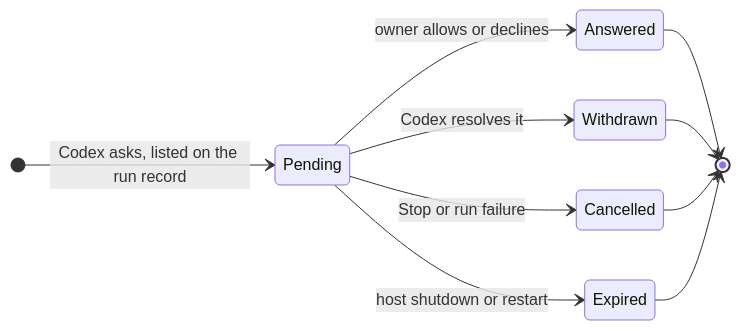
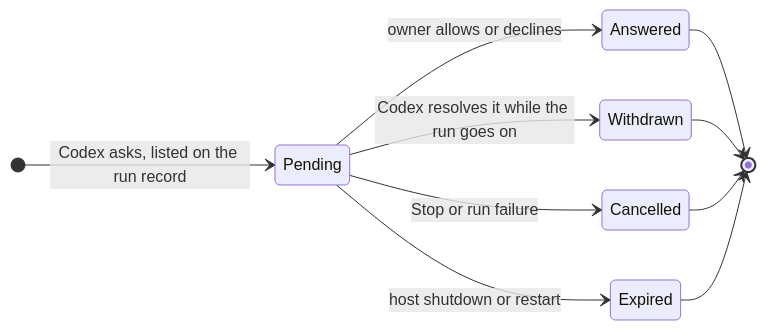
The sixth of 12 diagrams in docs/product/multi-project/specification/journeys.md (vivary-dev/vivary), drawn with Mermaid before and after one commit. The commit also changed 5 other files, not shown here.

First line of the commit message:
fix(code): keep pending Codex requests through shutdown teardown

````diff
--- a/docs/product/multi-project/specification/journeys.md
+++ b/docs/product/multi-project/specification/journeys.md
@@ -121,13 +121,13 @@
 ```mermaid
 stateDiagram-v2
   direction LR
   [*] --> Pending: Codex asks, listed on the run record
   Pending --> Answered: owner allows or declines
-  Pending --> Withdrawn: Codex resolves it
+  Pending --> Withdrawn: Codex resolves it while the run goes on
   Pending --> Cancelled: Stop or run failure
   Pending --> Expired: host shutdown or restart
   Answered --> [*]
   Withdrawn --> [*]
   Cancelled --> [*]
   Expired --> [*]
 ```
````
